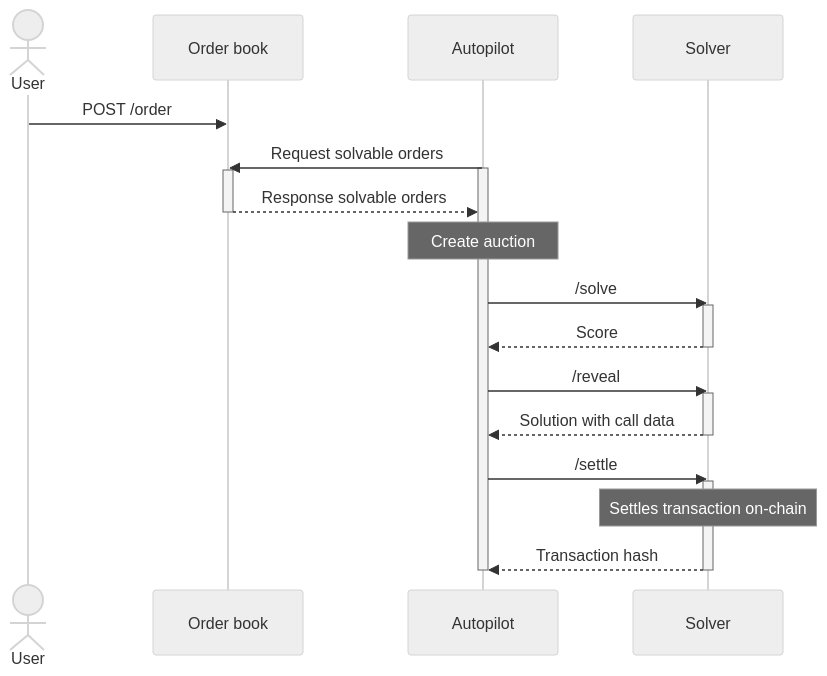
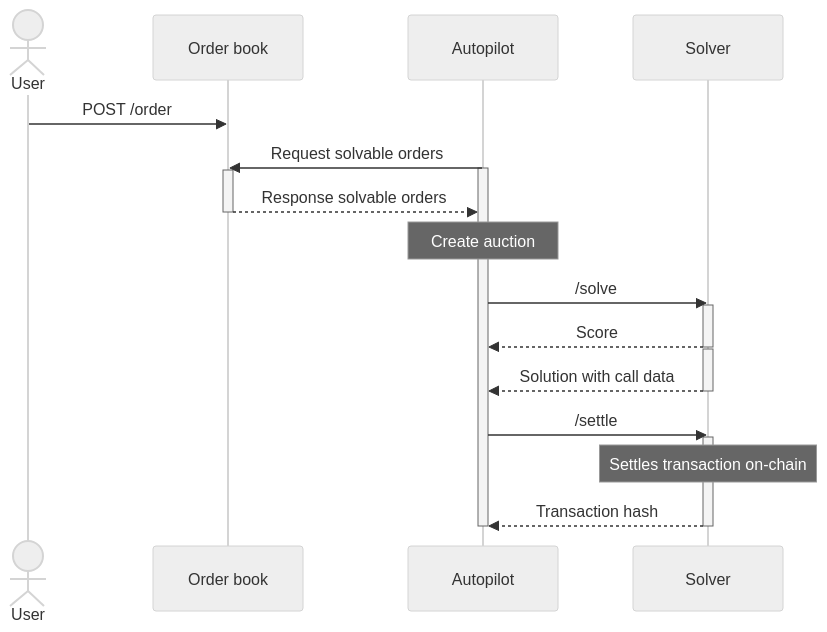
One commit to cowprotocol/docs changed the diagram in docs/cow-protocol/tutorials/arbitrate/README.mdx. Above: the diagram before and after it, drawn with Mermaid (neutral theme). The commit also changed 3 other files, not shown here.

````diff
--- a/docs/cow-protocol/tutorials/arbitrate/README.mdx
+++ b/docs/cow-protocol/tutorials/arbitrate/README.mdx
@@ -9,29 +9,28 @@
 ```mermaid
 sequenceDiagram
     actor User
     participant Order book
     participant Autopilot
     participant Solver
 
     User->>Order book: POST /order
     Autopilot->>Order book: Request solvable orders
     activate Autopilot
     activate Order book
     Order book-->>Autopilot: Response solvable orders
     deactivate Order book
     Note over Autopilot: Create auction
     Autopilot->>Solver: /solve
     activate Solver
     Solver-->>Autopilot: Score
     deactivate Solver
-    Autopilot->>Solver: /reveal
     activate Solver
     Solver-->>Autopilot: Solution with call data
     deactivate Solver
     Autopilot->>Solver: /settle
     activate Solver
     Note over Solver: Settles transaction on-chain
     Solver-->>Autopilot: Transaction hash
     deactivate Solver
     deactivate Autopilot
 ```
````
